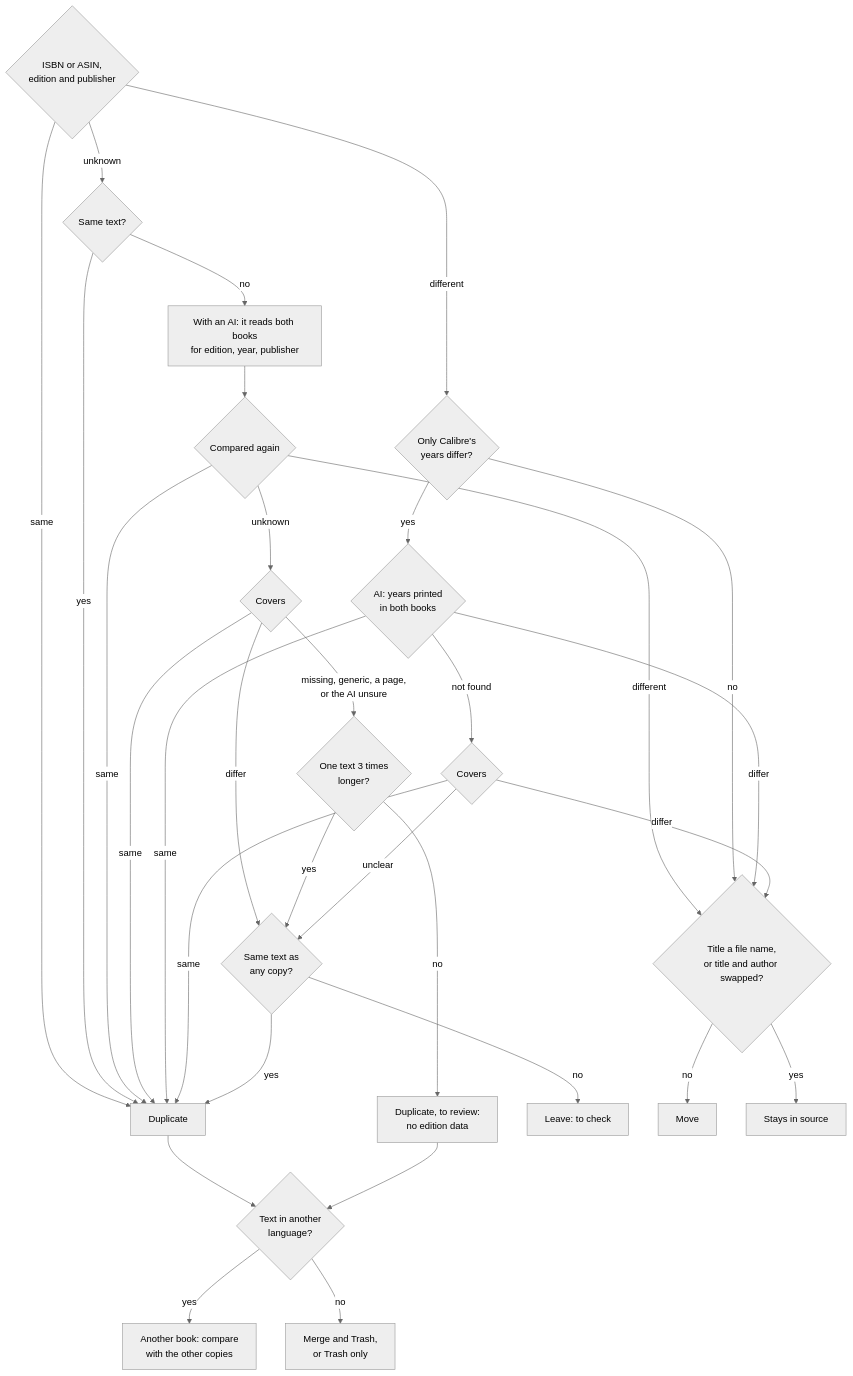
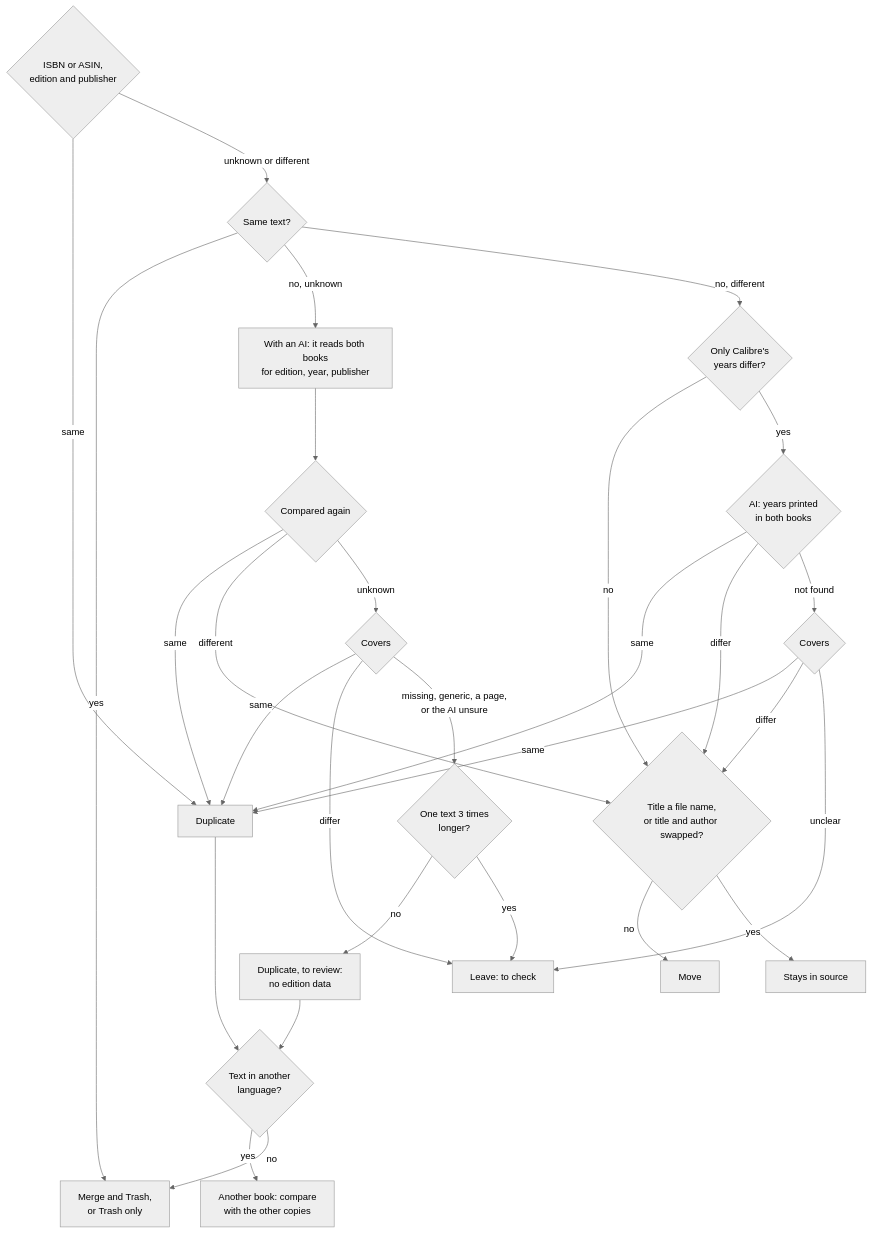
Before and after one commit to antonioromeolive/CalibreDedup: the second of 3 diagrams in README.md, drawn with Mermaid (neutral theme). The commit also changed other lines of this file and 10 other files, not shown here.

First line of the commit message:
Same text, ISBN or a real ASIN is proof: never to review; junk identifiers ignored

````diff
--- a/README.md
+++ b/README.md
@@ -216,33 +217,31 @@
 ```mermaid
 flowchart TD
     compare{ISBN or ASIN,<br/>edition and publisher} -- same --> dup[Duplicate]
-    compare -- unknown --> text1{Same text?}
-    text1 -- yes --> dup
-    text1 -- no --> ai[With an AI: it reads both books<br/>for edition, year, publisher]
+    compare -- "unknown or different" --> text1{Same text?}
+    text1 -- yes --> trash
+    text1 -- "no, unknown" --> ai[With an AI: it reads both books<br/>for edition, year, publisher]
     ai --> again{Compared again}
     again -- same --> dup
     again -- different --> moving
     again -- unknown --> covers{Covers}
     covers -- same --> dup
-    covers -- differ --> late
+    covers -- differ --> check
     covers -- "missing, generic, a page,<br/>or the AI unsure" --> longer{One text 3 times<br/>longer?}
     longer -- no --> dupReview[Duplicate, to review:<br/>no edition data]
-    longer -- yes --> late
-    compare -- different --> years{Only Calibre's<br/>years differ?}
+    longer -- yes --> check
+    text1 -- "no, different" --> years{Only Calibre's<br/>years differ?}
     years -- no --> moving
     years -- yes --> printed{AI: years printed<br/>in both books}
     printed -- same --> dup
     printed -- differ --> moving
     printed -- "not found" --> covers2{Covers}
     covers2 -- same --> dup
     covers2 -- differ --> moving
-    covers2 -- unclear --> late
-    late{Same text as<br/>any copy?} -- yes --> dup
-    late -- no --> check[Leave: to check]
+    covers2 -- unclear --> check[Leave: to check]
     dup --> language{Text in another<br/>language?}
     language -- yes --> next[Another book: compare<br/>with the other copies]
     language -- no --> trash[Merge and Trash,<br/>or Trash only]
     dupReview --> language
     moving{Title a file name,<br/>or title and author swapped?} -- no --> move[Move]
     moving -- yes --> stay[Stays in source]
 ```
````
